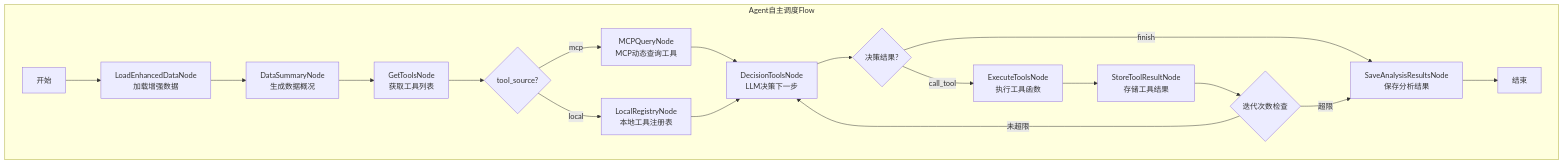
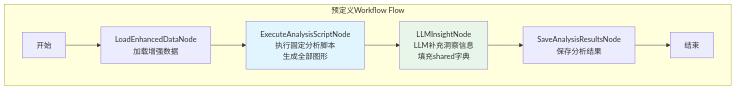
The fifth of 8 diagrams in doc/design.md (Hyacehila/AnalysisPosts), drawn with Mermaid before and after one commit. The commit also changed other lines of this file and 3 other files, not shown here.

First line of the commit message:
docs: restructure design with three-stage decoupled architecture

````diff
--- a/doc/design.md
+++ b/doc/design.md
@@ -481,27 +514,15 @@
 ```mermaid
 flowchart TD
-    subgraph AgentAnalysisFlow[Agent自主调度Flow]
-        agent_start[开始] --> agent_load[LoadEnhancedDataNode<br/>加载增强数据]
-        agent_load --> agent_summary[DataSummaryNode<br/>生成数据概况]
-        agent_summary --> get_tools[GetToolsNode<br/>获取工具列表]
+    subgraph WorkflowAnalysisFlow[预定义Workflow Flow]
+        wf_start[开始] --> wf_load[LoadEnhancedDataNode<br/>加载增强数据]
+        wf_load --> wf_script[ExecuteAnalysisScriptNode<br/>执行固定分析脚本<br/>生成全部图形]
         
-        get_tools --> tool_source{tool_source?}
-        tool_source -->|mcp| mcp_query[MCPQueryNode<br/>MCP动态查询工具]
-        tool_source -->|local| local_registry[LocalRegistryNode<br/>本地工具注册表]
+        wf_script --> wf_llm[LLMInsightNode<br/>LLM补充洞察信息<br/>填充shared字典]
         
-        mcp_query --> decision_tools
-        local_registry --> decision_tools
-        
-        decision_tools[DecisionToolsNode<br/>LLM决策下一步] --> decision_result{决策结果?}
-        
-        decision_result -->|call_tool| execute_tools[ExecuteToolsNode<br/>执行工具函数]
-        decision_result -->|finish| agent_save[SaveAnalysisResultsNode<br/>保存分析结果]
-        
-        execute_tools --> store_result[StoreToolResultNode<br/>存储工具结果]
-        store_result --> iteration_check{迭代次数检查}
-        iteration_check -->|未超限| decision_tools
-        iteration_check -->|超限| agent_save
-        
-        agent_save --> agent_end[结束]
+        wf_llm --> wf_save[SaveAnalysisResultsNode<br/>保存分析结果]
+        wf_save --> wf_end[结束]
     end
+    
+    style wf_script fill:#e1f5fe
+    style wf_llm fill:#e8f5e9
 ```
````
